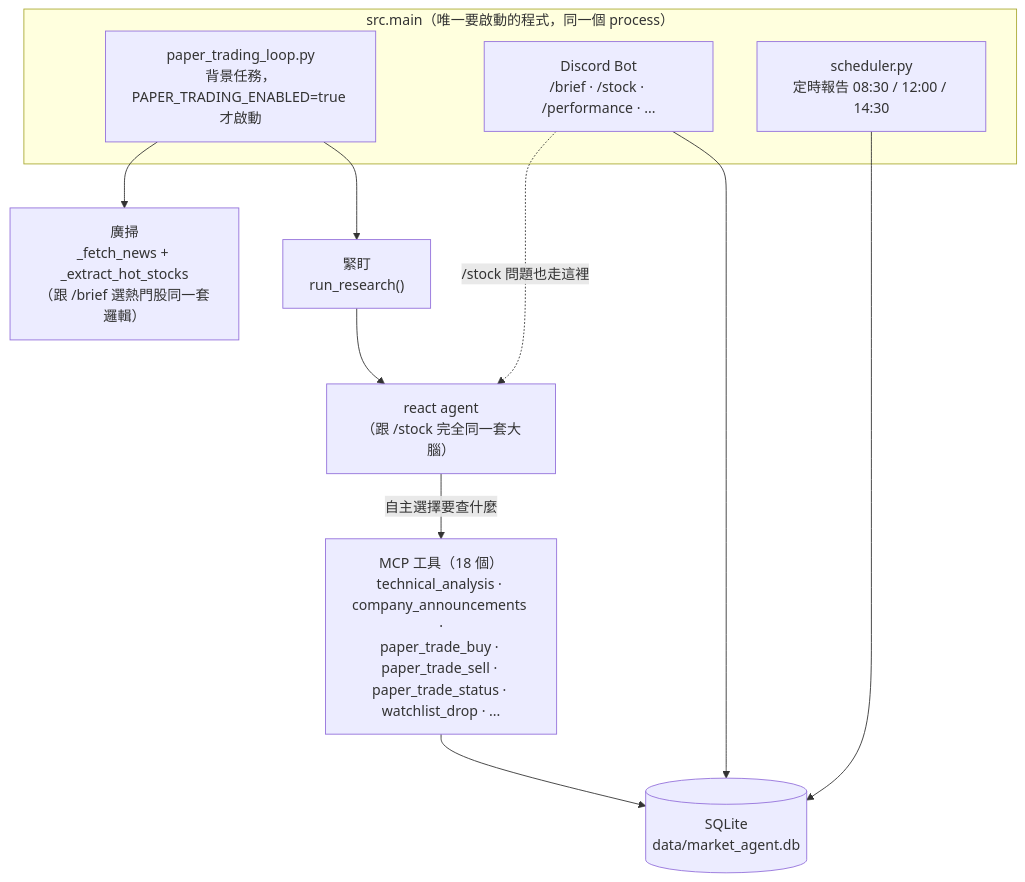
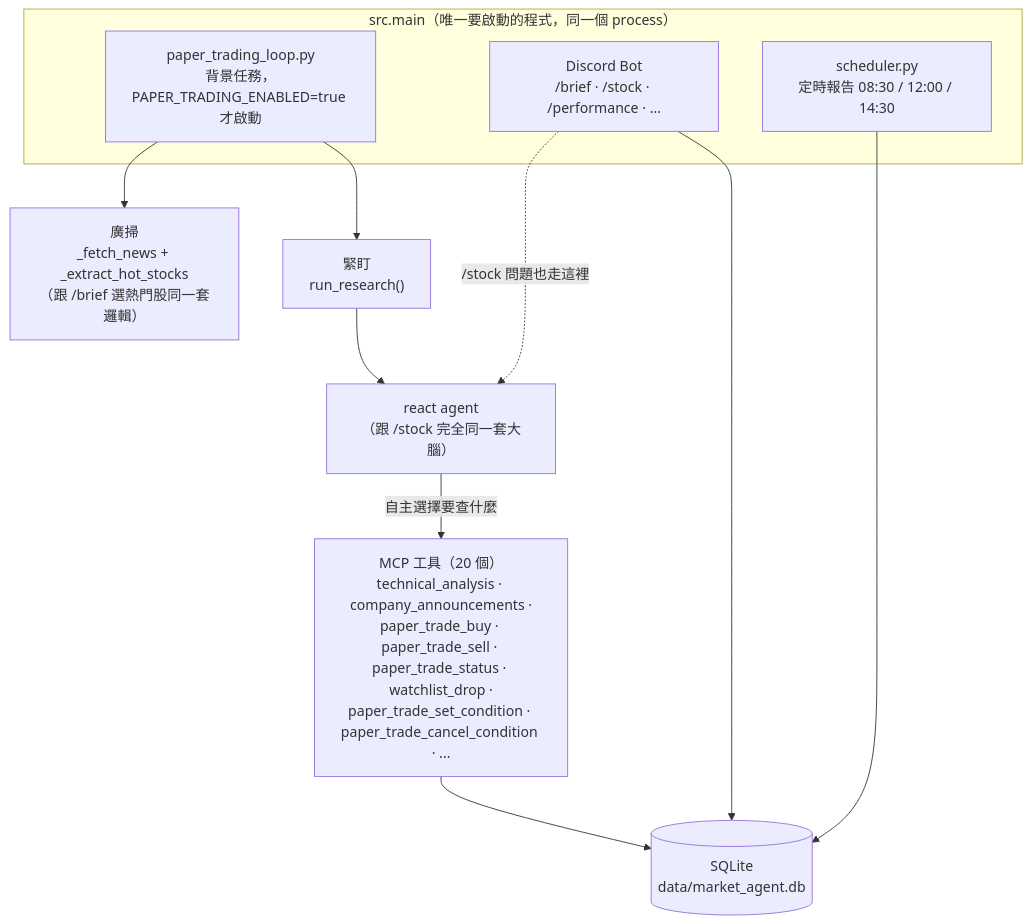
Before and after one commit to carterwu1120/market-agent: the first of 2 diagrams in docs/paper_trading.md, drawn with Mermaid. The commit also changed other lines of this file and 12 other files, not shown here.

````diff
--- a/docs/paper_trading.md
+++ b/docs/paper_trading.md
@@ -9,19 +9,19 @@
 ```mermaid
 flowchart TD
     subgraph MAIN["src.main（唯一要啟動的程式，同一個 process）"]
         BOT["Discord Bot\n/brief · /stock · /performance · ..."]
         SCHED["scheduler.py\n定時報告 08:30 / 12:00 / 14:30"]
         PTL["paper_trading_loop.py\n背景任務，PAPER_TRADING_ENABLED=true 才啟動"]
     end
 
     PTL --> BROAD["廣掃\n_fetch_news + _extract_hot_stocks\n（跟 /brief 選熱門股同一套邏輯）"]
     PTL --> TIGHT["緊盯\nrun_research()"]
 
     TIGHT --> REACT["react agent\n（跟 /stock 完全同一套大腦）"]
     BOT -.->|"/stock 問題也走這裡"| REACT
-    REACT -->|自主選擇要查什麼| TOOLS["MCP 工具（18 個）\ntechnical_analysis · company_announcements ·\npaper_trade_buy · paper_trade_sell · paper_trade_status · watchlist_drop · ..."]
+    REACT -->|自主選擇要查什麼| TOOLS["MCP 工具（20 個）\ntechnical_analysis · company_announcements ·\npaper_trade_buy · paper_trade_sell · paper_trade_status · watchlist_drop ·\npaper_trade_set_condition · paper_trade_cancel_condition · ..."]
 
     TOOLS --> SQLITE[("SQLite\ndata/market_agent.db")]
     BOT --> SQLITE
     SCHED --> SQLITE
 ```
````
